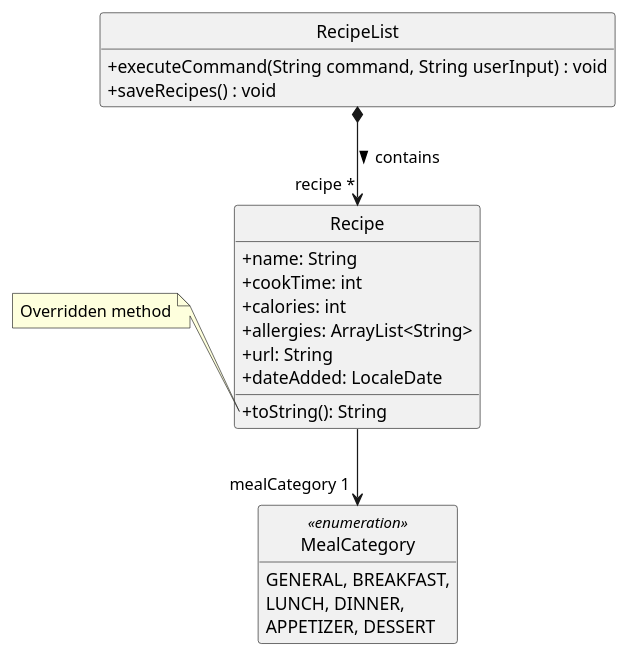
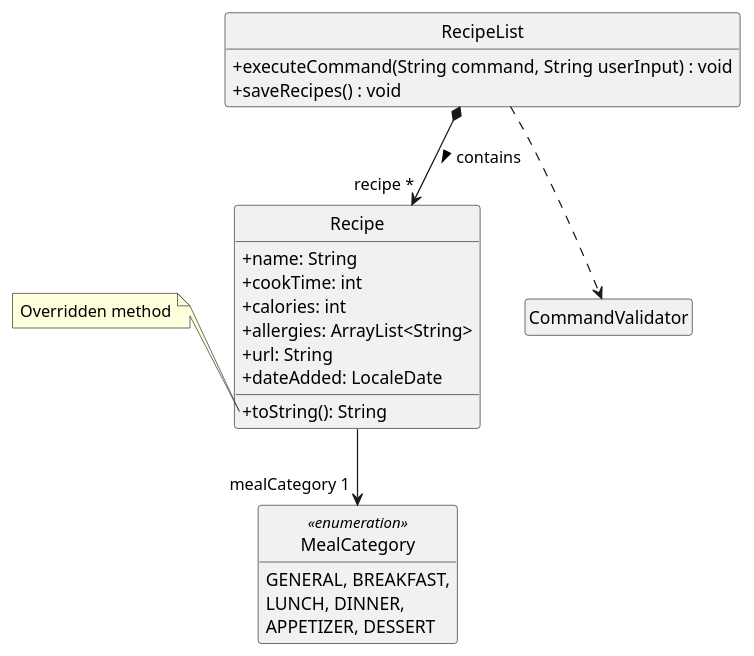
The diagram in docs/diagrams/RecipeListDiagram.puml (yuki-zmstr/tp), drawn with PlantUML before and after one commit. The commit also changed 8 other files, not shown here.

Commit message:
Add more class diagrams

```diff
--- a/docs/diagrams/RecipeListDiagram.puml
+++ b/docs/diagrams/RecipeListDiagram.puml
@@ -1,37 +1,41 @@
 @startuml
 'https://plantuml.com/class-diagram
 
 hide circle
 hide empty members
 
 skinparam classAttributeIconSize 0
 class RecipeList {
 
     +executeCommand(String command, String userInput) : void
     +saveRecipes() : void
 }
 class Recipe {
     +name: String
     +cookTime: int
     +calories: int
     +allergies: ArrayList<String>
     +url: String
     +dateAdded: LocaleDate
     +toString(): String
 }
 
+class CommandValidator {
+}
+
 note left of Recipe::"toString()"
     Overridden method
 end note
 
 RecipeList *--> "recipe *" Recipe : contains >
+RecipeList ..> CommandValidator
 
 Recipe --> "mealCategory 1" MealCategory
 
 enum MealCategory <<enumeration>> {
     GENERAL, BREAKFAST,
     LUNCH, DINNER,
     APPETIZER, DESSERT
 }
 
 @enduml
```
